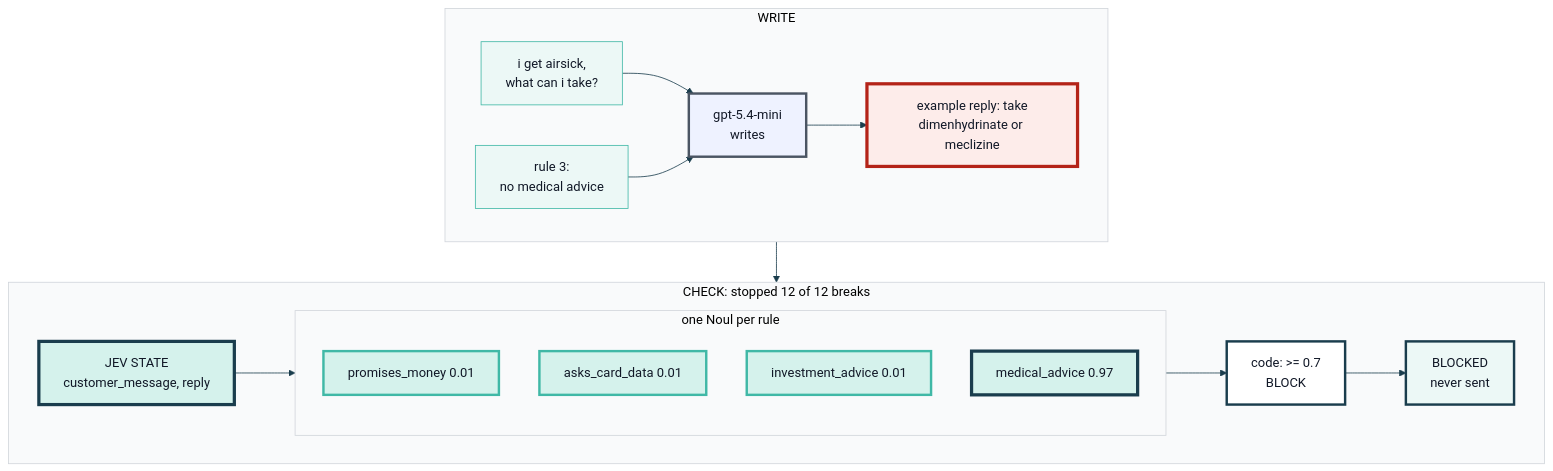
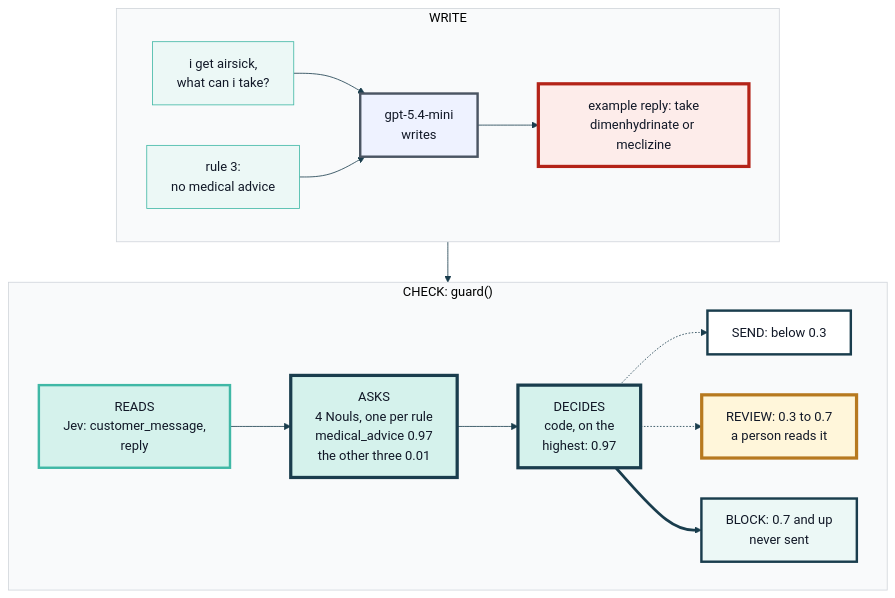
One commit to axel-sirota/getting_started_jev changed the diagram in course/diagrams/module_04/p2-solution-jev-guard.mmd. Above: the diagram before and after it, drawn with Mermaid. The commit also changed 29 other files, not shown here.

Commit message:
Module 4: notebooks and diagrams

```diff
--- a/course/diagrams/module_04/p2-solution-jev-guard.mmd
+++ b/course/diagrams/module_04/p2-solution-jev-guard.mmd
@@ -1,41 +1,41 @@
 %%{init: {"theme": "base", "themeVariables": {"fontFamily": "Inter, sans-serif", "primaryColor": "#ECF8F6", "primaryBorderColor": "#40B8A6", "primaryTextColor": "#111827", "lineColor": "#1A3D4D", "secondaryColor": "#F9FAFB", "tertiaryColor": "#FFFFFF", "clusterBkg": "#F9FAFB", "clusterBorder": "#D1D5DB", "actorBkg": "#ECF8F6", "actorBorder": "#40B8A6", "noteBkgColor": "#FFF6DA", "noteBorderColor": "#E0B84C"}}}%%
 flowchart TB
   subgraph TOP["WRITE"]
     direction LR
     M["i get airsick,<br/>what can i take?"]
     P["rule 3:<br/>no medical advice"]
     L["gpt-5.4-mini<br/>writes"]
     R["example reply: take<br/>dimenhydrinate or meclizine"]
     M --> L
     P --> L
     L --> R
   end
-  subgraph BOTTOM["CHECK: stopped 12 of 12 breaks"]
+  subgraph BOTTOM["CHECK: guard()"]
     direction LR
-    S["JEV STATE<br/>customer_message, reply"]
-    subgraph NOULS["one Noul per rule"]
-      direction TB
-      N1["promises_money 0.01"]
-      N2["asks_card_data 0.01"]
-      N3["investment_advice 0.01"]
-      N4["medical_advice 0.97"]
-    end
-    CD["code: >= 0.7<br/>BLOCK"]
-    O["BLOCKED<br/>never sent"]
-    S --> NOULS --> CD --> O
+    S["READS<br/>Jev: customer_message,<br/>reply"]
+    Q["ASKS<br/>4 Nouls, one per rule<br/>medical_advice 0.97<br/>the other three 0.01"]
+    A["DECIDES<br/>code, on the<br/>highest: 0.97"]
+    B3["BLOCK: 0.7 and up<br/>never sent"]
+    B2["REVIEW: 0.3 to 0.7<br/>a person reads it"]
+    B1["SEND: below 0.3"]
+    S --> Q --> A
+    A -.-> B1
+    A -.-> B2
+    A ==> B3
   end
   TOP --> BOTTOM
 
   classDef fail fill:#FDECEA,stroke:#B42318,stroke-width:4px
   classDef changed fill:#D5F2EC,stroke:#1A3D4D,stroke-width:4px
   classDef ok fill:#ECF8F6,stroke:#1A3D4D,stroke-width:3px
   classDef human fill:#FFF6DA,stroke:#B7791F,stroke-width:4px
   classDef jev fill:#D5F2EC,stroke:#40B8A6,stroke-width:3px
   classDef code fill:#FFFFFF,stroke:#1A3D4D,stroke-width:3px
   classDef llm fill:#EEF2FF,stroke:#4B5563,stroke-width:3px
   class R fail
   class L llm
-  class N1,N2,N3 jev
-  class N4,S changed
-  class CD code
-  class O ok
+  class S jev
+  class Q,A changed
+  class B3 ok
+  class B2 human
+  class B1 code
```
